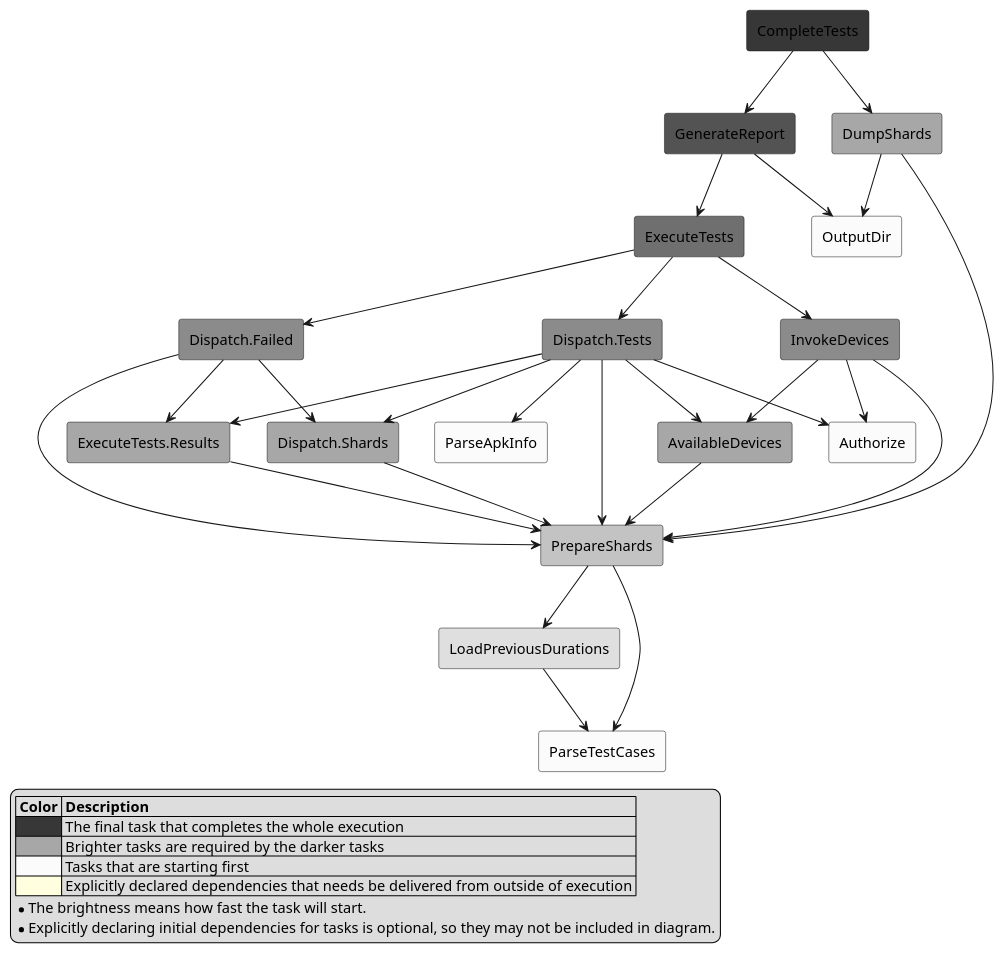
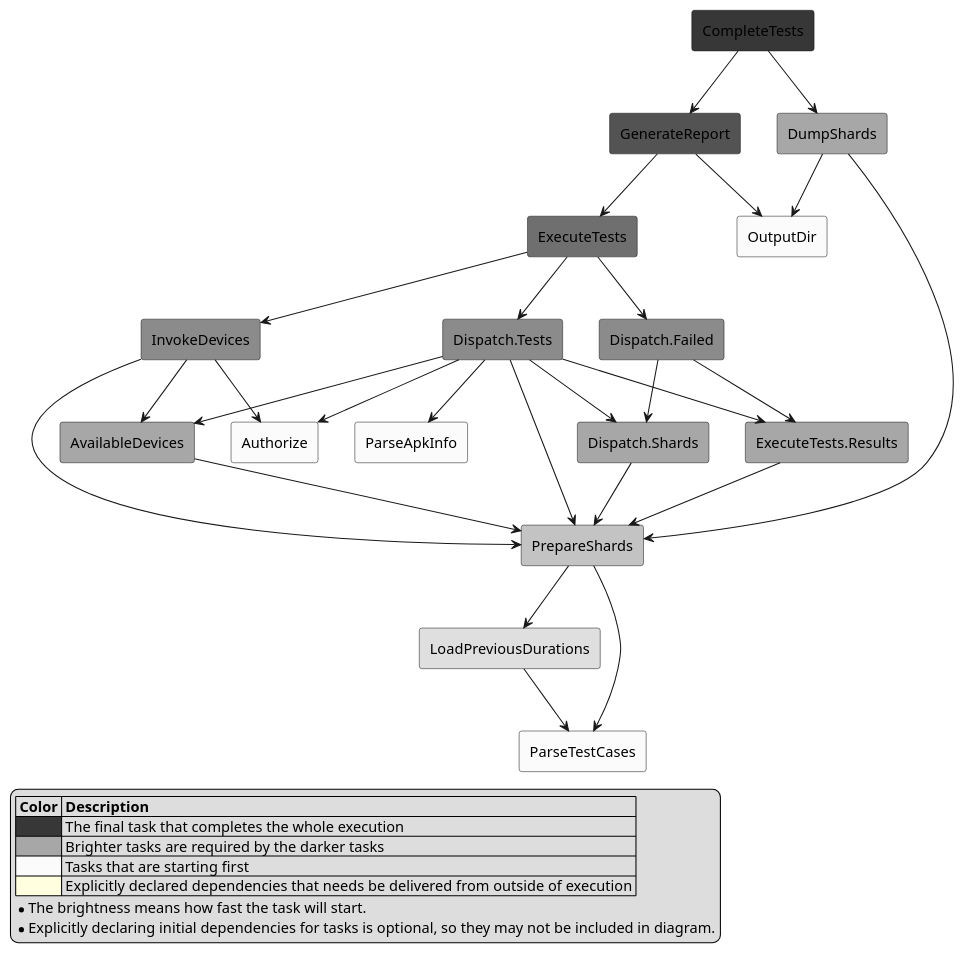
Before and after one commit to Flank/flank: the diagram in corellium/domain/TestAndroid-execute.puml, drawn with PlantUML. The commit also changed 1 other file, not shown here.

```diff
--- a/corellium/domain/TestAndroid-execute.puml
+++ b/corellium/domain/TestAndroid-execute.puml
@@ -1,60 +1,59 @@
 @startuml
 
 skinparam componentStyle rectangle
 
 legend left
   |= Color |= Description |
   |<#373737>| The final task that completes the whole execution |
   |<#a7a7a7>| Brighter tasks are required by the darker tasks |
   |<#fbfbfb>| Tasks that are starting first |
   |<#LightYellow>| Explicitly declared dependencies that needs be delivered from outside of execution |
   * The brightness means how fast the task will start.
   * Explicitly declaring initial dependencies for tasks is optional, so they may not be included in diagram.
 end legend
 
 [Authorize] #fbfbfb
 [OutputDir] #fbfbfb
 [ParseApkInfo] #fbfbfb
 [ParseTestCases] #fbfbfb
 [LoadPreviousDurations] #dfdfdf
 [PrepareShards] #c3c3c3
 [Dispatch.Shards] #a7a7a7
 [DumpShards] #a7a7a7
 [ExecuteTests.Results] #a7a7a7
 [AvailableDevices] #a7a7a7
 [Dispatch.Tests] #8b8b8b
 [Dispatch.Failed] #8b8b8b
 [InvokeDevices] #8b8b8b
 [ExecuteTests] #6f6f6f
 [GenerateReport] #535353
 [CompleteTests] #373737
 
 [Dispatch.Shards] --> [PrepareShards]
 [Dispatch.Tests] --> [ParseApkInfo]
 [Dispatch.Tests] --> [Authorize]
 [Dispatch.Tests] --> [PrepareShards]
 [Dispatch.Tests] --> [AvailableDevices]
 [Dispatch.Tests] --> [Dispatch.Shards]
 [Dispatch.Tests] --> [ExecuteTests.Results]
-[Dispatch.Failed] --> [PrepareShards]
 [Dispatch.Failed] --> [Dispatch.Shards]
 [Dispatch.Failed] --> [ExecuteTests.Results]
 [DumpShards] --> [PrepareShards]
 [DumpShards] --> [OutputDir]
 [ExecuteTests] --> [InvokeDevices]
 [ExecuteTests] --> [Dispatch.Tests]
 [ExecuteTests] --> [Dispatch.Failed]
 [CompleteTests] --> [GenerateReport]
 [CompleteTests] --> [DumpShards]
 [GenerateReport] --> [ExecuteTests]
 [GenerateReport] --> [OutputDir]
 [ExecuteTests.Results] --> [PrepareShards]
 [AvailableDevices] --> [PrepareShards]
 [InvokeDevices] --> [Authorize]
 [InvokeDevices] --> [PrepareShards]
 [InvokeDevices] --> [AvailableDevices]
 [LoadPreviousDurations] --> [ParseTestCases]
 [PrepareShards] --> [ParseTestCases]
 [PrepareShards] --> [LoadPreviousDurations]
 
 @enduml
```
